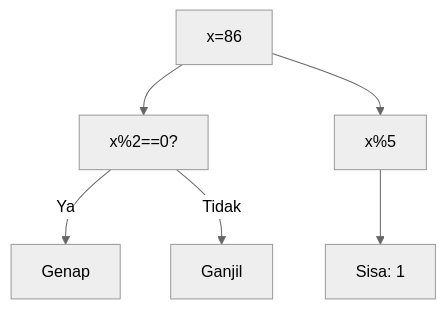
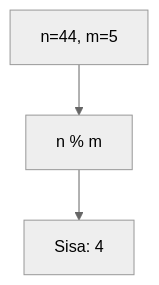
Before and after one commit to amnahwaida/OSNK_INF_PREP: the tenth of 25 diagrams in part-c-pemahaman-cpp/01-tipe-data/latihan/set-05.md, drawn with Mermaid (neutral theme). The commit also changed other lines of this file and 71 other files, not shown here.

````diff
--- a/part-c-pemahaman-cpp/01-tipe-data/latihan/set-05.md
+++ b/part-c-pemahaman-cpp/01-tipe-data/latihan/set-05.md
@@ -208,8 +266,5 @@
 ```mermaid
 graph TD
-A["x=86"] --> B["x%2==0?"]
-B -- Ya --> C["Genap"]
-B -- Tidak --> D["Ganjil"]
-A --> E["x%5"]
-E --> F["Sisa: 1"]
+A["n=44, m=5"] --> B["n % m"]
+B --> C["Sisa: 4"]
 ```
````
